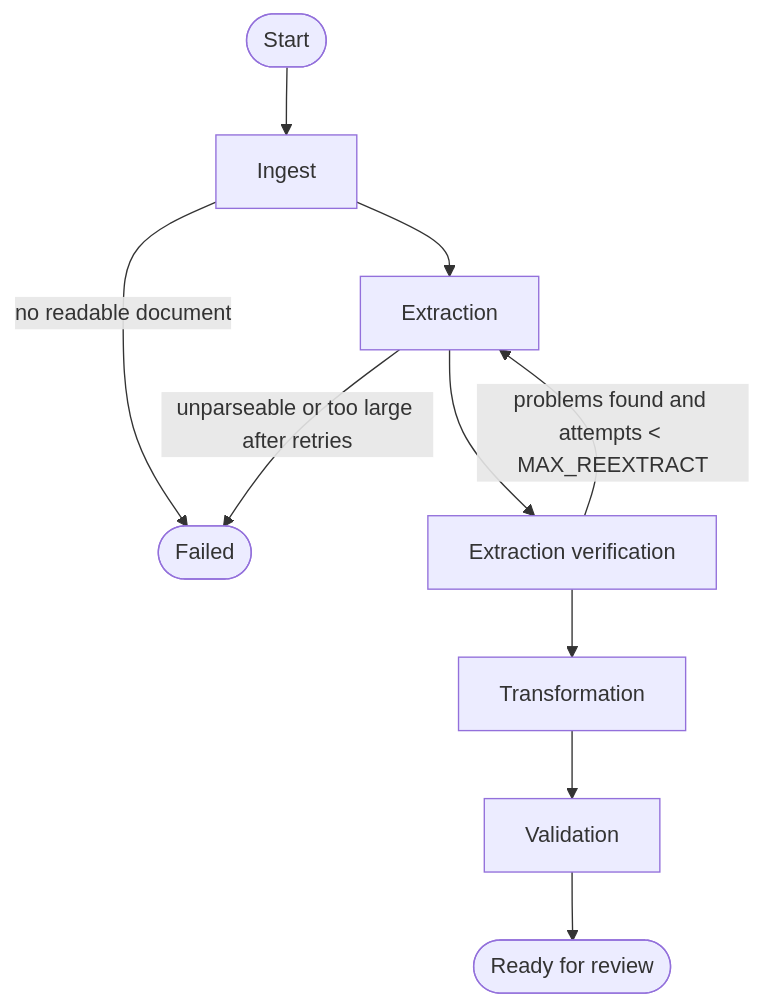
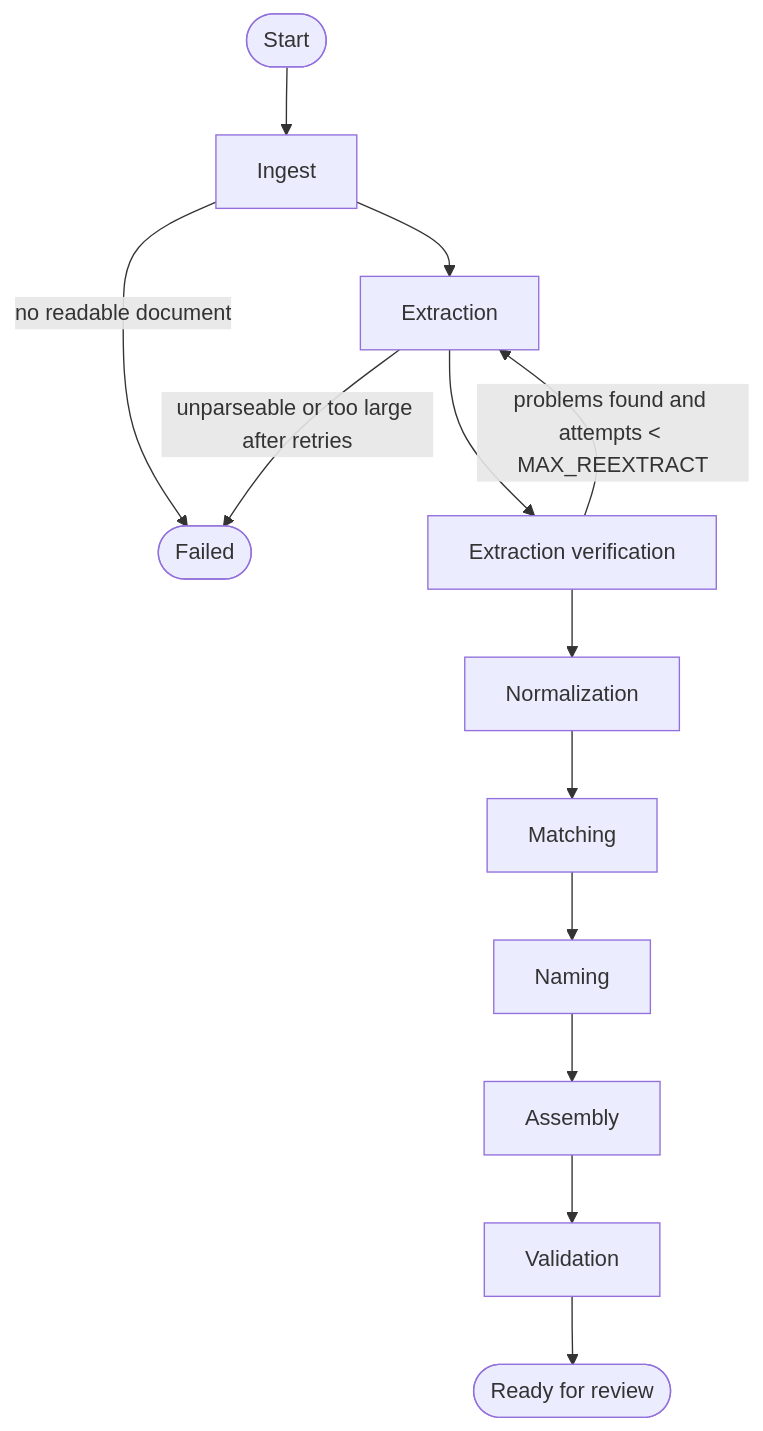
Before and after one commit to sbankesCC/BIOA_LIMS_MD_TOOL: the second of 2 diagrams in docs/ARCHITECTURE.md, drawn with Mermaid. The commit also changed other lines of this file and 11 other files, not shown here.

````diff
--- a/docs/ARCHITECTURE.md
+++ b/docs/ARCHITECTURE.md
@@ -115,12 +124,15 @@
 ```mermaid
 flowchart TB
     start([Start]) --> ingest[Ingest]
     ingest -->|"no readable document"| failed([Failed])
     ingest --> extract[Extraction]
     extract -->|"unparseable or too large after retries"| failed
     extract --> everify[Extraction verification]
     everify -->|"problems found and attempts < MAX_REEXTRACT"| extract
-    everify --> transform[Transformation]
-    transform --> validate[Validation]
+    everify --> normalize[Normalization]
+    normalize --> matching[Matching]
+    matching --> naming[Naming]
+    naming --> assembly[Assembly]
+    assembly --> validate[Validation]
     validate --> ready([Ready for review])
 ```
````
